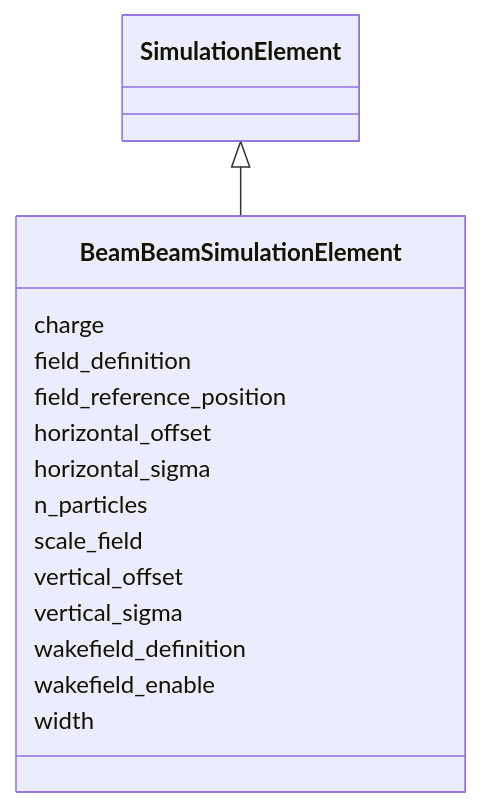
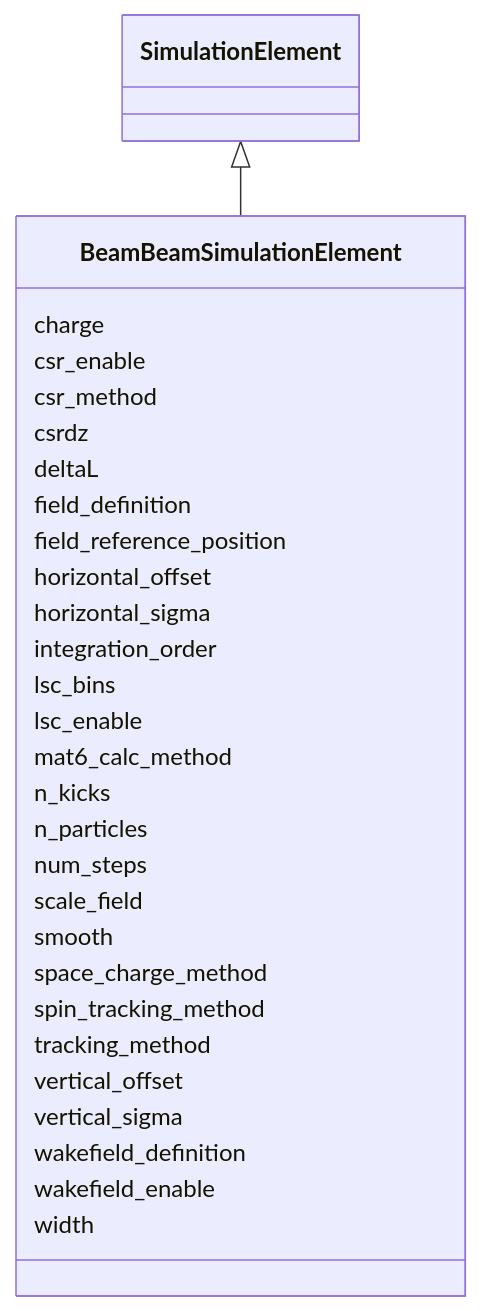
Before and after one commit to astec-stfc/laura: the diagram in docs/source/schema/BeamBeamSimulationElement.md, drawn with Mermaid. The commit also changed other lines of this file and 63 other files, not shown here.

Commit message:
updatedn schema to consolidate SimulationElement parameters that were shared among subclasses; implemented tracking methods for bmad

````diff
--- a/docs/source/schema/BeamBeamSimulationElement.md
+++ b/docs/source/schema/BeamBeamSimulationElement.md
@@ -18,33 +18,61 @@
 ```mermaid
  classDiagram
     class BeamBeamSimulationElement
     click BeamBeamSimulationElement href "../BeamBeamSimulationElement/"
       SimulationElement <|-- BeamBeamSimulationElement
         click SimulationElement href "../SimulationElement/"
-      
+
       BeamBeamSimulationElement : charge
-        
+
+      BeamBeamSimulationElement : csr_enable
+
+      BeamBeamSimulationElement : csr_method
+
+      BeamBeamSimulationElement : csrdz
+
+      BeamBeamSimulationElement : deltaL
+
       BeamBeamSimulationElement : field_definition
-        
+
       BeamBeamSimulationElement : field_reference_position
-        
+
       BeamBeamSimulationElement : horizontal_offset
-        
+
       BeamBeamSimulationElement : horizontal_sigma
-        
+
+      BeamBeamSimulationElement : integration_order
+
+      BeamBeamSimulationElement : lsc_bins
+
+      BeamBeamSimulationElement : lsc_enable
+
+      BeamBeamSimulationElement : mat6_calc_method
+
+      BeamBeamSimulationElement : n_kicks
+
       BeamBeamSimulationElement : n_particles
-        
+
+      BeamBeamSimulationElement : num_steps
+
       BeamBeamSimulationElement : scale_field
-        
+
+      BeamBeamSimulationElement : smooth
+
+      BeamBeamSimulationElement : space_charge_method
+
+      BeamBeamSimulationElement : spin_tracking_method
+
+      BeamBeamSimulationElement : tracking_method
+
       BeamBeamSimulationElement : vertical_offset
-        
+
       BeamBeamSimulationElement : vertical_sigma
-        
+
       BeamBeamSimulationElement : wakefield_definition
-        
+
       BeamBeamSimulationElement : wakefield_enable
-        
+
       BeamBeamSimulationElement : width
-        
-      
+
+
 ```
````
